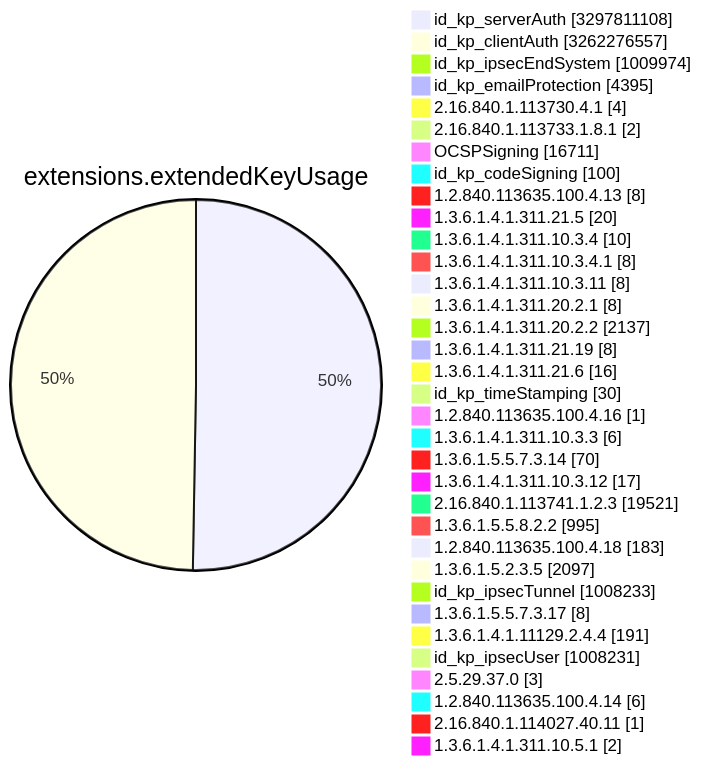
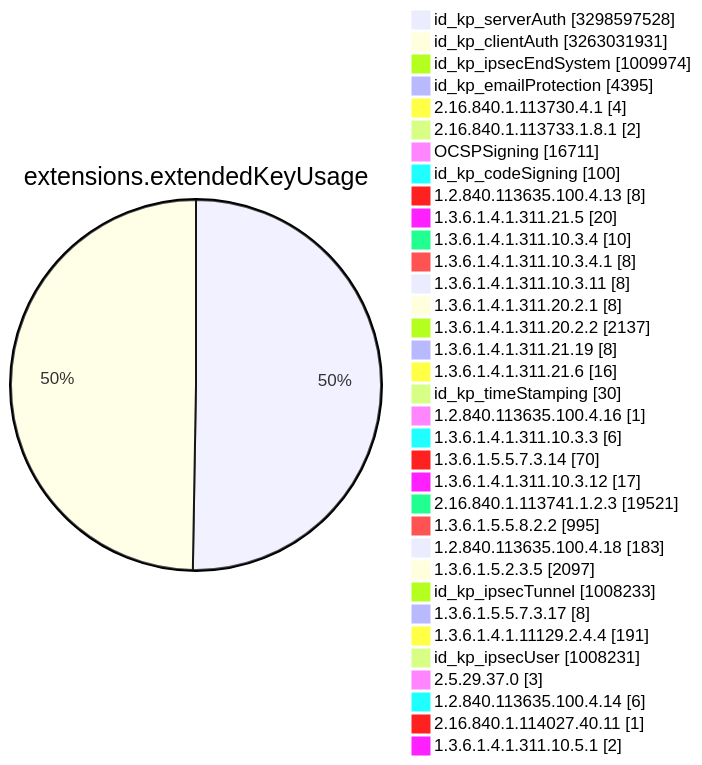
Before and after one commit to christiankrug/ctmonitor_visualization: diagram 11 of 15 in TOTAL/README.md, drawn with Mermaid. The commit also changed other lines of this file, not shown here.

````diff
--- a/TOTAL/README.md
+++ b/TOTAL/README.md
@@ -4120,38 +4120,38 @@
 ```mermaid
 pie showData
 title extensions.extendedKeyUsage
-"id_kp_serverAuth" :3297811108
-"id_kp_clientAuth" :3262276557
+"id_kp_serverAuth" :3298597528
+"id_kp_clientAuth" :3263031931
 "id_kp_ipsecEndSystem" :1009974
 "id_kp_emailProtection" :4395
 "2.16.840.1.113730.4.1" :4
 "2.16.840.1.113733.1.8.1" :2
 "OCSPSigning" :16711
 "id_kp_codeSigning" :100
 "1.2.840.113635.100.4.13" :8
 "1.3.6.1.4.1.311.21.5" :20
 "1.3.6.1.4.1.311.10.3.4" :10
 "1.3.6.1.4.1.311.10.3.4.1" :8
 "1.3.6.1.4.1.311.10.3.11" :8
 "1.3.6.1.4.1.311.20.2.1" :8
 "1.3.6.1.4.1.311.20.2.2" :2137
 "1.3.6.1.4.1.311.21.19" :8
 "1.3.6.1.4.1.311.21.6" :16
 "id_kp_timeStamping" :30
 "1.2.840.113635.100.4.16" :1
 "1.3.6.1.4.1.311.10.3.3" :6
 "1.3.6.1.5.5.7.3.14" :70
 "1.3.6.1.4.1.311.10.3.12" :17
 "2.16.840.1.113741.1.2.3" :19521
 "1.3.6.1.5.5.8.2.2" :995
 "1.2.840.113635.100.4.18" :183
 "1.3.6.1.5.2.3.5" :2097
 "id_kp_ipsecTunnel" :1008233
 "1.3.6.1.5.5.7.3.17" :8
 "1.3.6.1.4.1.11129.2.4.4" :191
 "id_kp_ipsecUser" :1008231
 "2.5.29.37.0" :3
 "1.2.840.113635.100.4.14" :6
 "2.16.840.1.114027.40.11" :1
 "1.3.6.1.4.1.311.10.5.1" :2
 ```
````
